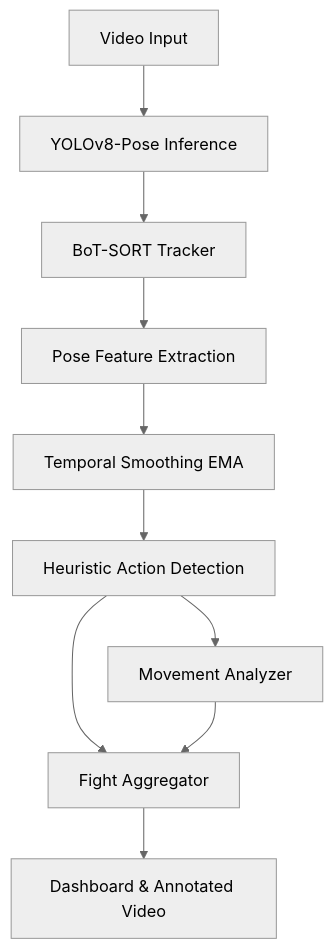
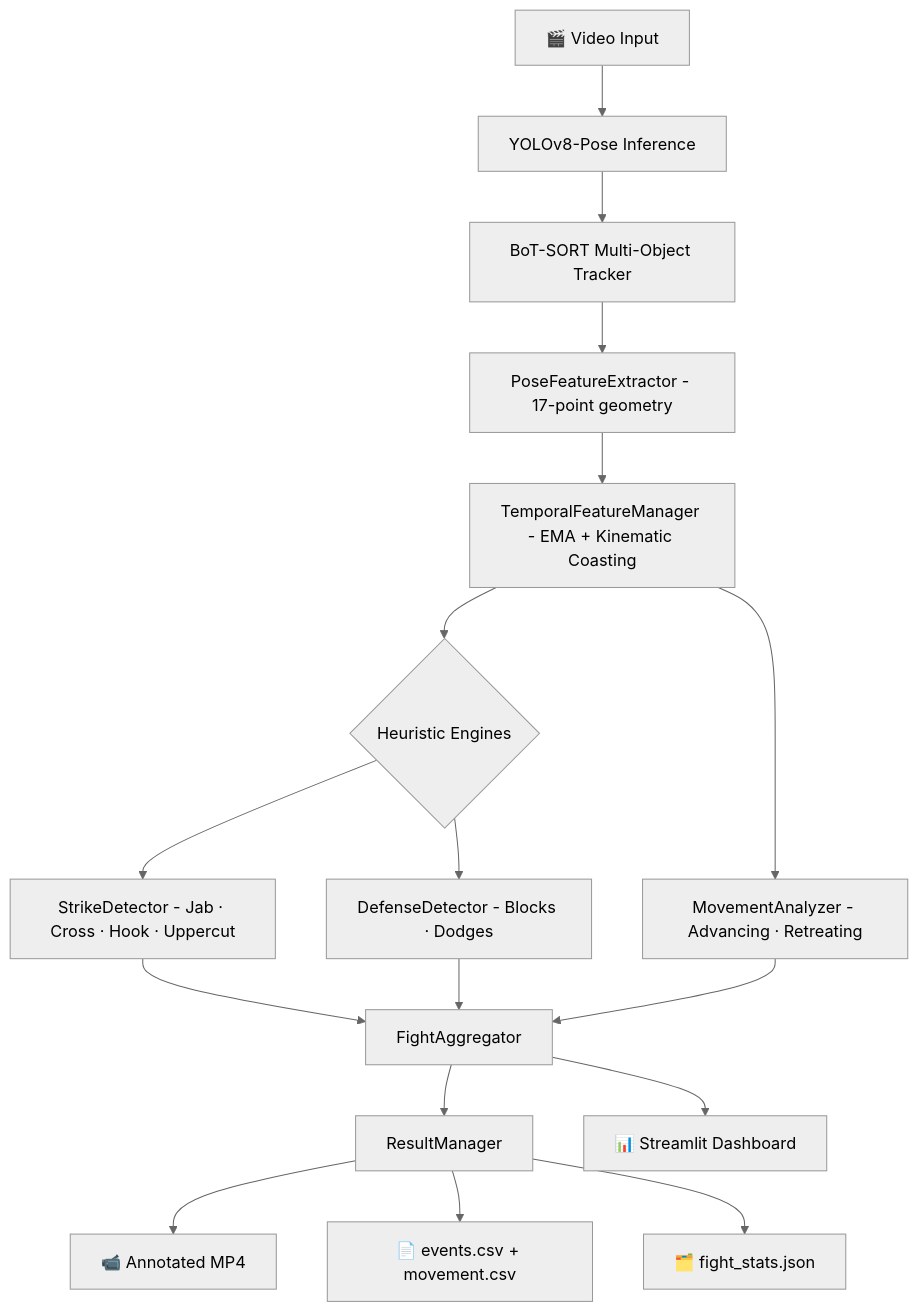
One commit to WaseefUllahh/boxing-ai-performance-analyzer changed the diagram in README.md. Above: the diagram before and after it, drawn with Mermaid (neutral theme). The commit also changed other lines of this file, not shown here.

Commit message:
docs: update README with comprehensive system architecture, feature highlights, and technical specifications

````diff
--- a/README.md
+++ b/README.md
@@ -29,12 +53,19 @@
 ```mermaid
 graph TD
-    A[Video Input] --> B[YOLOv8-Pose Inference]
-    B --> C[BoT-SORT Tracker]
-    C --> D[Pose Feature Extraction]
-    D --> E[Temporal Smoothing EMA]
-    E --> F[Heuristic Action Detection]
-    F --> G[Movement Analyzer]
-    F --> H[Fight Aggregator]
-    G --> H
-    H --> I[Dashboard & Annotated Video]
+    A[🎬 Video Input] --> B[YOLOv8-Pose Inference]
+    B --> C[BoT-SORT Multi-Object Tracker]
+    C --> D[PoseFeatureExtractor - 17-point geometry]
+    D --> E[TemporalFeatureManager - EMA + Kinematic Coasting]
+    E --> F{Heuristic Engines}
+    F --> G[StrikeDetector - Jab · Cross · Hook · Uppercut]
+    F --> H[DefenseDetector - Blocks · Dodges]
+    G --> I[FightAggregator]
+    H --> I
+    E --> J[MovementAnalyzer - Advancing · Retreating]
+    J --> I
+    I --> K[ResultManager]
+    K --> L[📹 Annotated MP4]
+    K --> M[📄 events.csv + movement.csv]
+    K --> N[🗂️ fight_stats.json]
+    I --> O[📊 Streamlit Dashboard]
 ```
````
